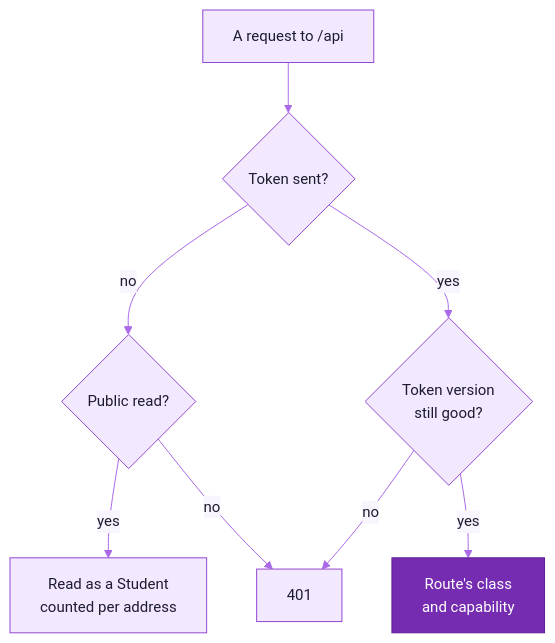
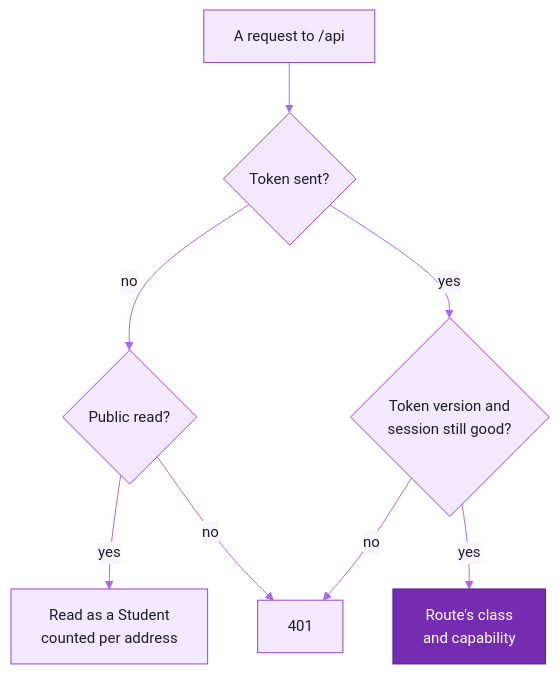
One commit to cxacraftecosystem-ui/KalaVigyan changed the diagram in docs/contracts/backend.md. Above: the diagram before and after it, drawn with Mermaid. The commit also changed other lines of this file and 8 other files, not shown here.

````diff
--- a/docs/contracts/backend.md
+++ b/docs/contracts/backend.md
@@ -15,13 +15,13 @@
 ```mermaid
 %%{init: {"theme":"base","fontFamily":"Inter, ui-sans-serif, system-ui, -apple-system, Segoe UI, Roboto, Helvetica, Arial, sans-serif","themeVariables":{"fontSize":"15px","primaryColor":"#F2E9FE","primaryTextColor":"#1E1B2E","primaryBorderColor":"#9148D2","secondaryColor":"#FAEECD","secondaryTextColor":"#1E1B2E","secondaryBorderColor":"#CD9200","tertiaryColor":"#F3F1FA","tertiaryTextColor":"#1E1B2E","tertiaryBorderColor":"#A7A3BC","mainBkg":"#F2E9FE","nodeBorder":"#9148D2","nodeTextColor":"#1E1B2E","lineColor":"#AA69E9","textColor":"#857F9E","edgeLabelBackground":"#F9F5FF","clusterBkg":"#F9F5FF","clusterBorder":"#D6B6FB","titleColor":"#762CB1"}}}%%
 flowchart TD
   R["A request to /api"] --> T{"Token sent?"}
   T -->|no| P{"Public read?"}
   P -->|yes| S["Read as a Student<br/>counted per address"]
   P -->|no| X["401"]
-  T -->|yes| V{"Token version<br/>still good?"}
+  T -->|yes| V{"Token version and<br/>session still good?"}
   V -->|no| X
   V -->|yes| C["Route's class<br/>and capability"]
   classDef accent fill:#762CB1,stroke:#5F1C93,color:#FFFFFF
   class C accent
 ```
````
